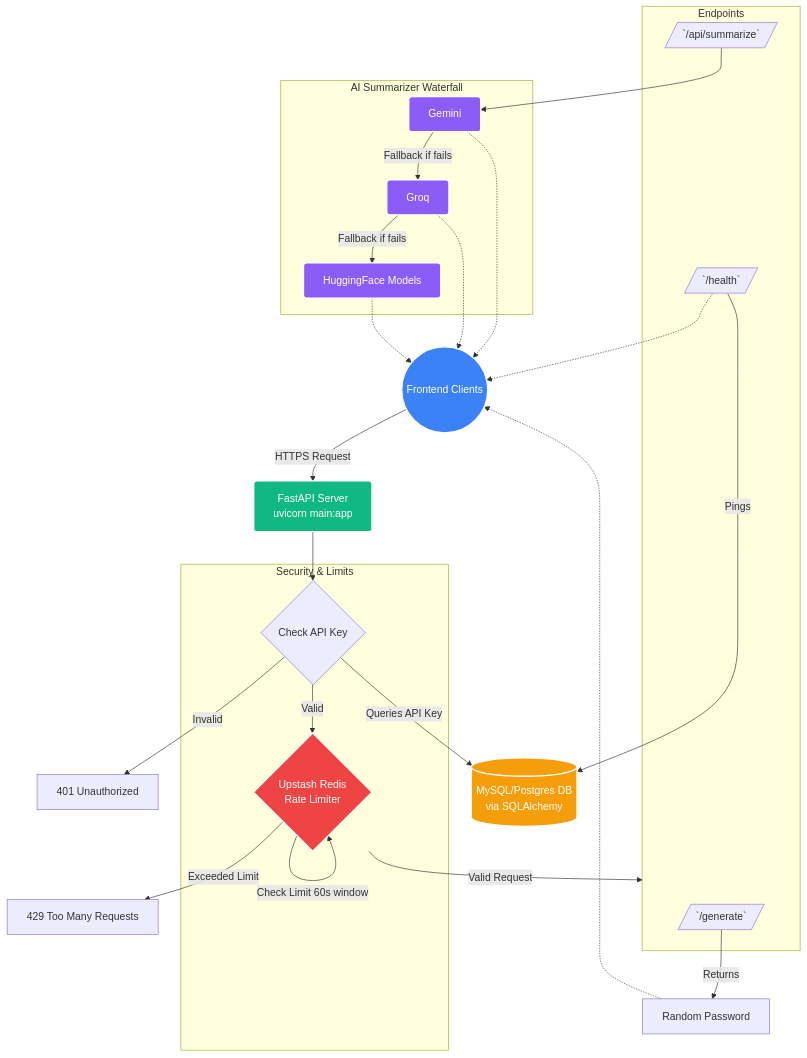
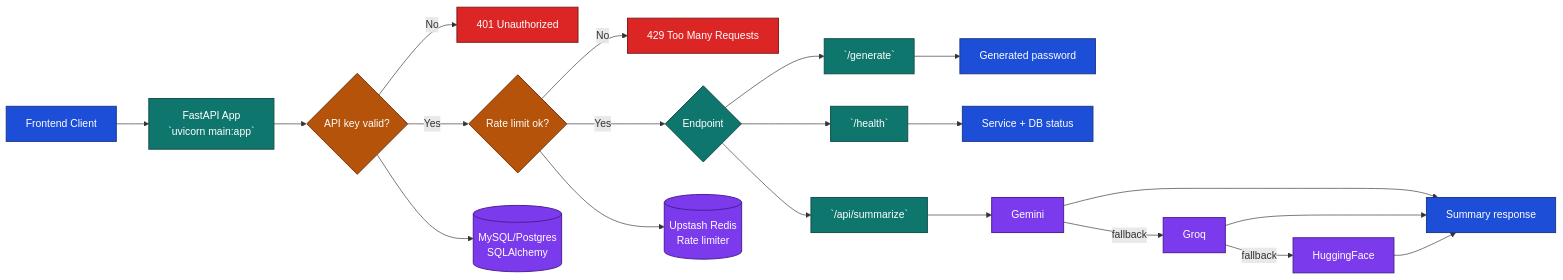
One commit to Laadnanimoustapha/EGOR changed the diagram in README.md. Above: the diagram before and after it, drawn with Mermaid. The commit also changed other lines of this file, not shown here.

Commit message:
docs: update system architecture diagram in README

````diff
--- a/README.md
+++ b/README.md
@@ -20,56 +20,37 @@
 ```mermaid
-flowchart TD
-    %% Define Styles
-    classDef client fill:#3b82f6,stroke:#fff,stroke-width:2px,color:#fff,rx:5px,ry:5px;
-    classDef server fill:#10b981,stroke:#fff,stroke-width:2px,color:#fff,rx:5px,ry:5px;
-    classDef database fill:#f59e0b,stroke:#fff,stroke-width:2px,color:#fff,rx:5px,ry:5px;
-    classDef redis fill:#ef4444,stroke:#fff,stroke-width:2px,color:#fff,rx:5px,ry:5px;
-    classDef ai fill:#8b5cf6,stroke:#fff,stroke-width:2px,color:#fff,rx:5px,ry:5px;
+flowchart LR
+    classDef client fill:#1d4ed8,stroke:#1e3a8a,stroke-width:1.5px,color:#fff;
+    classDef app fill:#0f766e,stroke:#134e4a,stroke-width:1.5px,color:#fff;
+    classDef security fill:#b45309,stroke:#78350f,stroke-width:1.5px,color:#fff;
+    classDef data fill:#7c3aed,stroke:#4c1d95,stroke-width:1.5px,color:#fff;
+    classDef error fill:#dc2626,stroke:#7f1d1d,stroke-width:1.5px,color:#fff;
 
-    %% Nodes
-    Client((Frontend Clients)):::client
-    FastAPI[FastAPI Server <br> uvicorn main:app]:::server
-    
-    subgraph Security & Limits
-        Auth{Check API Key}
-        RateLimit{Upstash Redis <br> Rate Limiter}:::redis
-    end
+    Client[Frontend Client]:::client --> API[FastAPI App<br/>`uvicorn main:app`]:::app
 
-    subgraph Endpoints
-        EP_Gen[/ `/generate` /]
-        EP_Sum[/ `/api/summarize` /]
-        EP_Health[/ `/health` /]
-    end
+    API --> KeyCheck{API key valid?}:::security
+    KeyCheck -->|No| Unauthorized[401 Unauthorized]:::error
+    KeyCheck -->|Yes| LimitCheck{Rate limit ok?}:::security
 
-    DB[(MySQL/Postgres DB <br> via SQLAlchemy)]:::database
-    
-    subgraph AI Summarizer Waterfall
-        AI_Gemini[Gemini]:::ai
-        AI_Groq[Groq]:::ai
-        AI_HF[HuggingFace Models]:::ai
-    end
+    LimitCheck -->|No| TooMany[429 Too Many Requests]:::error
+    LimitCheck -->|Yes| Route{Endpoint}:::app
 
-    %% Connections
-    Client -->|HTTPS Request| FastAPI
-    FastAPI --> Auth
-    Auth -->|Queries API Key| DB
-    Auth -->|Invalid| 401[401 Unauthorized]
-    Auth -->|Valid| RateLimit
-    
-    RateLimit -->|Check Limit 60s window| RateLimit
-    RateLimit -->|Exceeded Limit| 429[429 Too Many Requests]
-    RateLimit -->|Valid Request| Endpoints
-    
-    EP_Gen -->|Returns| Password[Random Password]
-    EP_Health -->|Pings| DB
-    
-    EP_Sum --> AI_Gemini
-    AI_Gemini -->|Fallback if fails| AI_Groq
-    AI_Groq -->|Fallback if fails| AI_HF
+    DB[(MySQL/Postgres<br/>SQLAlchemy)]:::data
+    Redis[(Upstash Redis<br/>Rate limiter)]:::data
 
-    Password -.-> Client
-    AI_Gemini -.-> Client
-    AI_Groq -.-> Client
-    AI_HF -.-> Client
-    EP_Health -.-> Client
+    KeyCheck --> DB
+    LimitCheck --> Redis
+
+    Route --> Gen[`/generate`]:::app
+    Route --> Sum[`/api/summarize`]:::app
+    Route --> Health[`/health`]:::app
+
+    Gen --> Password[Generated password]:::client
+    Health --> HealthOK[Service + DB status]:::client
+
+    Sum --> Gemini[Gemini]:::data
+    Gemini -->|fallback| Groq[Groq]:::data
+    Groq -->|fallback| HF[HuggingFace]:::data
+    Gemini --> Summary[Summary response]:::client
+    Groq --> Summary
+    HF --> Summary
 ```
````
